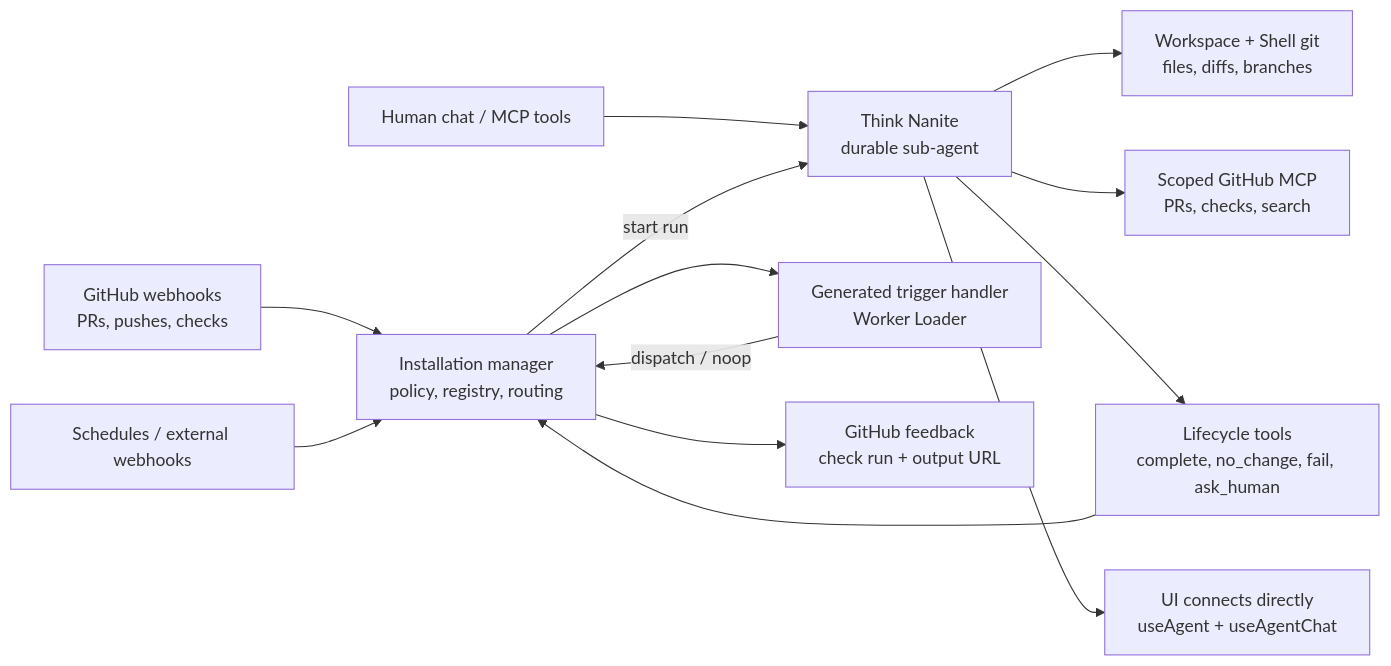
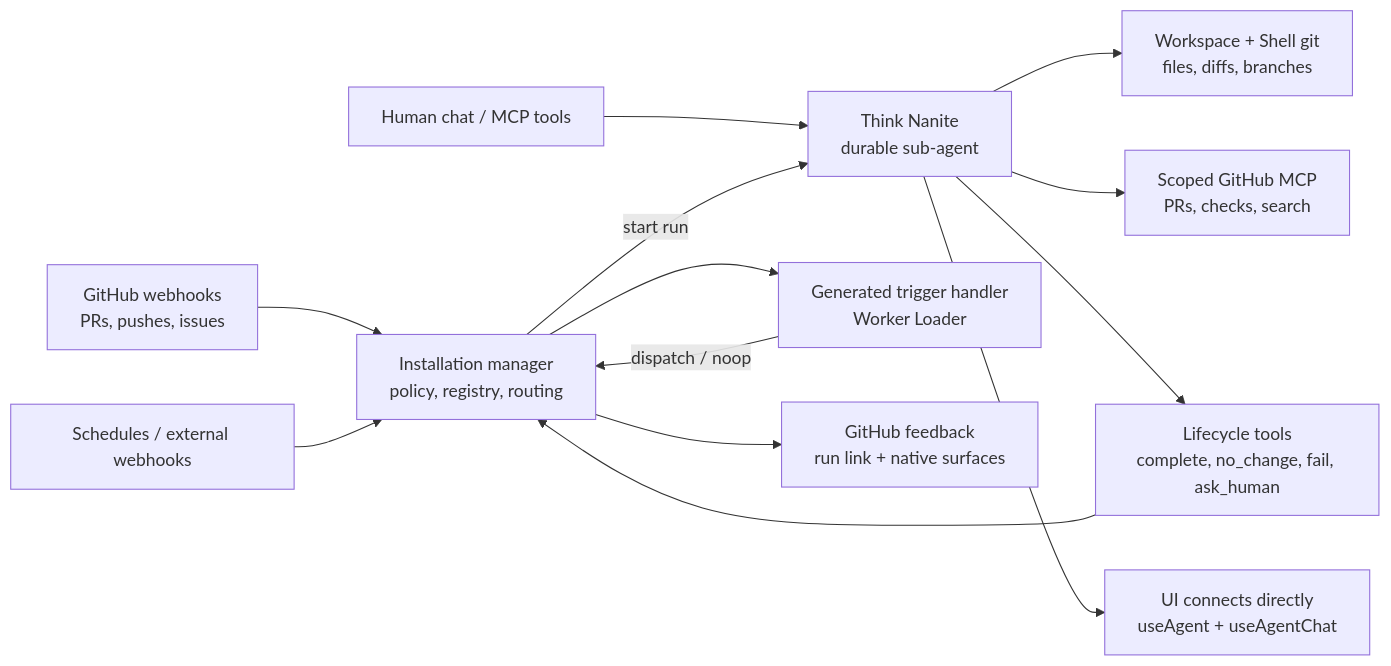
Before and after one commit to WebMCP-org/nanites: the first of 2 diagrams in docs/architecture/README.md, drawn with Mermaid. The commit also changed 135 other files, not shown here.

````diff
--- a/docs/architecture/README.md
+++ b/docs/architecture/README.md
@@ -21,15 +21,15 @@
 ```mermaid
 flowchart LR
-  GitHub["GitHub webhooks<br/>PRs, pushes, checks"] --> Manager["Installation manager<br/>policy, registry, routing"]
+  GitHub["GitHub webhooks<br/>PRs, pushes, issues"] --> Manager["Installation manager<br/>policy, registry, routing"]
   Schedule["Schedules / external webhooks"] --> Manager
   Human["Human chat / MCP tools"] --> Nanite["Think Nanite<br/>durable sub-agent"]
   Manager --> Trigger["Generated trigger handler<br/>Worker Loader"]
   Trigger -->|"dispatch / noop"| Manager
   Manager -->|"start run"| Nanite
   Nanite --> Workspace["Workspace + Shell git<br/>files, diffs, branches"]
   Nanite --> GitHubMcp["Scoped GitHub MCP<br/>PRs, checks, search"]
   Nanite --> Lifecycle["Lifecycle tools<br/>complete, no_change, fail, ask_human"]
   Lifecycle --> Manager
-  Manager --> Surface["GitHub feedback<br/>check run + output URL"]
+  Manager --> Surface["GitHub feedback<br/>run link + native surfaces"]
   Nanite --> UI["UI connects directly<br/>useAgent + useAgentChat"]
 ```
````
